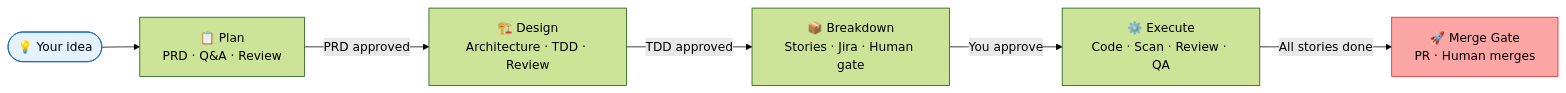
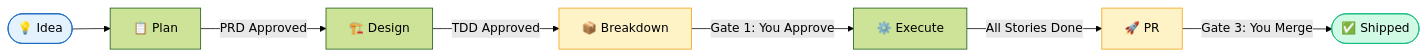
Before and after one commit to munna-chauhan/HeadMaster: the second of 3 diagrams in README.md, drawn with Mermaid (forest theme). The commit also changed other lines of this file and 21 other files, not shown here.

````diff
--- a/README.md
+++ b/README.md
@@ -42,11 +137,14 @@
 ```mermaid
 graph LR
-    A([💡 Your idea]) --> B[📋 Plan\nPRD · Q&A · Review]
-B -->|PRD approved| C[🏗️ Design\nArchitecture · TDD · Review]
-C -->|TDD approved|D[📦 Breakdown\nStories · Jira · Human gate]
-D -->|You approve|E[⚙️ Execute\nCode · Scan · Review · QA]
-E -->|All stories done|F[🚀 Merge Gate\nPR · Human merges]
-
-style A fill: #e3f2fd, stroke: #1565c0
-style F fill: #fca5a5, stroke: #dc2626
+    A([💡 Idea]) --> B[📋 Plan]
+    B -->|PRD Approved| C[🏗️ Design]
+    C -->|TDD Approved| D[📦 Breakdown]
+    D -->|Gate 1: You Approve| E[⚙️ Execute]
+    E -->|All Stories Done| F[🚀 PR]
+    F -->|Gate 3: You Merge| G([✅ Shipped])
+    
+    style A fill:#e3f2fd,stroke:#1565c0
+    style D fill:#fef3c7,stroke:#f59e0b
+    style F fill:#fef3c7,stroke:#f59e0b
+    style G fill:#d1fae5,stroke:#10b981
 ```
````
